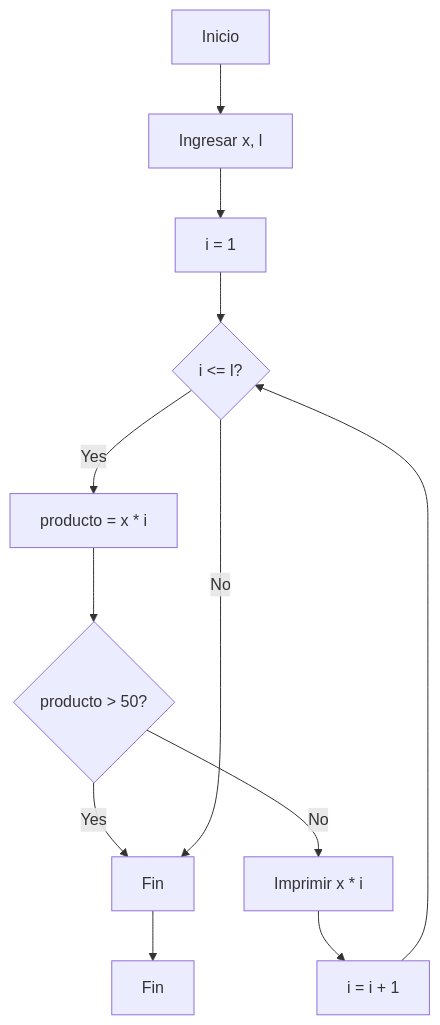
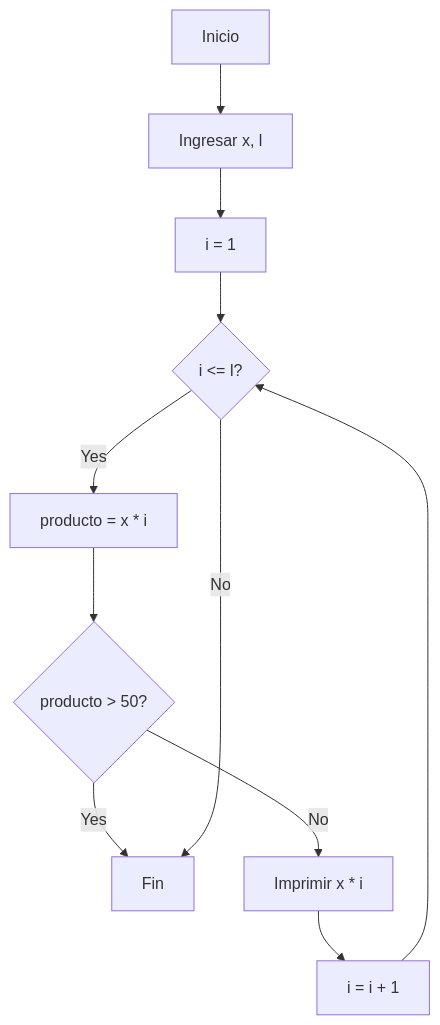
One commit to damiancastelao/ejerciciosDiagramas changed the diagram in Solucion2.md. Above: the diagram before and after it, drawn with Mermaid.

Commit message:
fix solucion 2

````diff
--- a/Solucion2.md
+++ b/Solucion2.md
@@ -6,14 +6,13 @@
 ```mermaid
 graph TD
     A[Inicio] --> B[Ingresar x, l];
     B --> C[i = 1];
     C --> D{i <= l?};
     D -- Yes --> E[producto = x * i];
     E --> F{producto > 50?};
     F -- Yes --> G[Ir a Fin];
     F -- No --> H[Imprimir x * i];
     H --> I[i = i + 1];
     I --> D;
     D -- No --> G[Fin];
-    G --> End[Fin];
 ```
````
